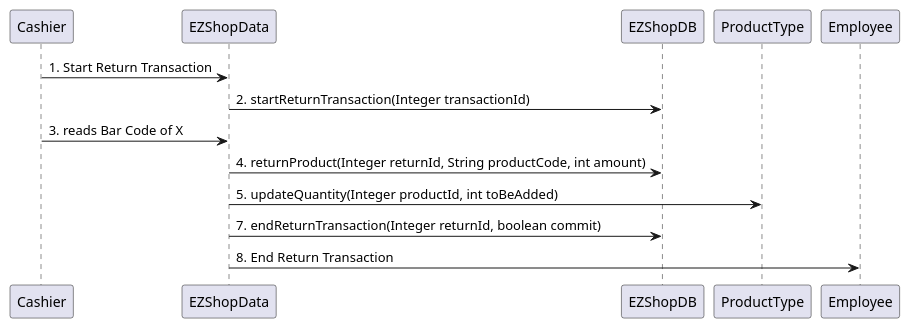
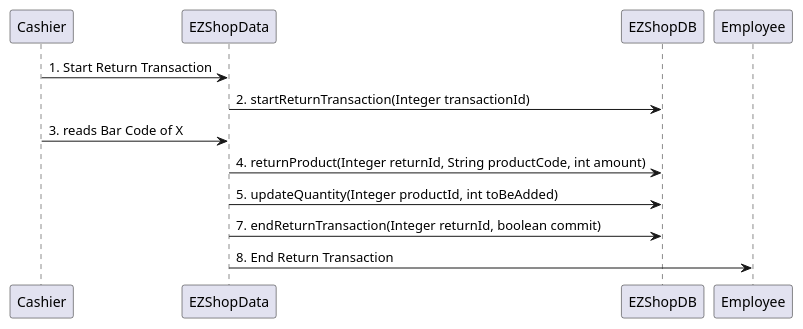
One commit to djemar/softeng_ezshop changed diagram 27 of 31 in Deliverables/DesignDocument.md. Above: the diagram before and after it, drawn with PlantUML. The commit also changed other lines of this file, not shown here.

````diff
--- a/Deliverables/DesignDocument.md
+++ b/Deliverables/DesignDocument.md
@@ -526,11 +525,11 @@
 ```plantuml
 "Cashier" -> "EZShopData" : 1. Start Return Transaction
 
 "EZShopData" -> "EZShopDB": 2. startReturnTransaction(Integer transactionId)
 "Cashier"->  "EZShopData": 3. reads Bar Code of X
 "EZShopData" -> "EZShopDB": 4. returnProduct(Integer returnId, String productCode, int amount)
-"EZShopData" -> "ProductType" : 5. updateQuantity(Integer productId, int toBeAdded)
+"EZShopData" -> "EZShopDB" : 5. updateQuantity(Integer productId, int toBeAdded)
 "EZShopData" -> "EZShopDB": 7. endReturnTransaction(Integer returnId, boolean commit)
 "EZShopData" -> "Employee" : 8. End Return Transaction
 
 ```
````
